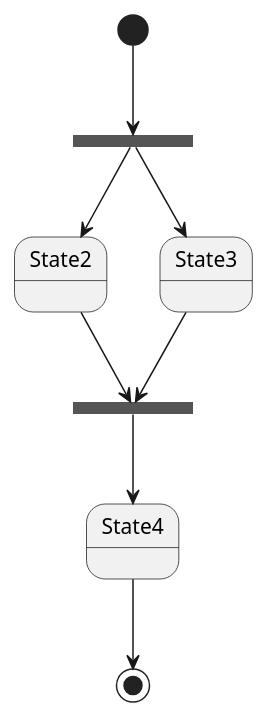
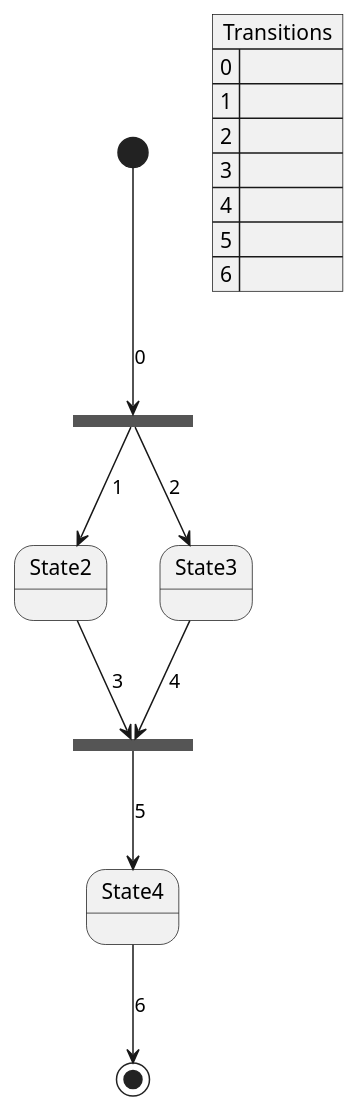
One commit to Konstantin-Dudersky/dataclass_to_diagram_rs changed the diagram in dataclass_to_diagram_rs_test/diagrams/state_machine_7.puml. Above: the diagram before and after it, drawn with PlantUML. The commit also changed 12 other files, not shown here.

```diff
--- a/dataclass_to_diagram_rs_test/diagrams/state_machine_7.puml
+++ b/dataclass_to_diagram_rs_test/diagrams/state_machine_7.puml
@@ -1,19 +1,29 @@
 @startuml
 
 state Start <<start>>
 state Fork <<fork>>
 state "State2" as State2
 state "State3" as State3
 state Join <<join>>
 state "State4" as State4
 state End <<end>>
 
-Start --> Fork
-Fork --> State2
-Fork --> State3
-State2 --> Join
-State3 --> Join
-Join --> State4
-State4 --> End
+Start --> Fork : 0
+Fork --> State2 : 1
+Fork --> State3 : 2
+State2 --> Join : 3
+State3 --> Join : 4
+Join --> State4 : 5
+State4 --> End : 6
+
+json Transitions {
+    "0": "",
+    "1": "",
+    "2": "",
+    "3": "",
+    "4": "",
+    "5": "",
+    "6": ""
+}
 
 @enduml
```
